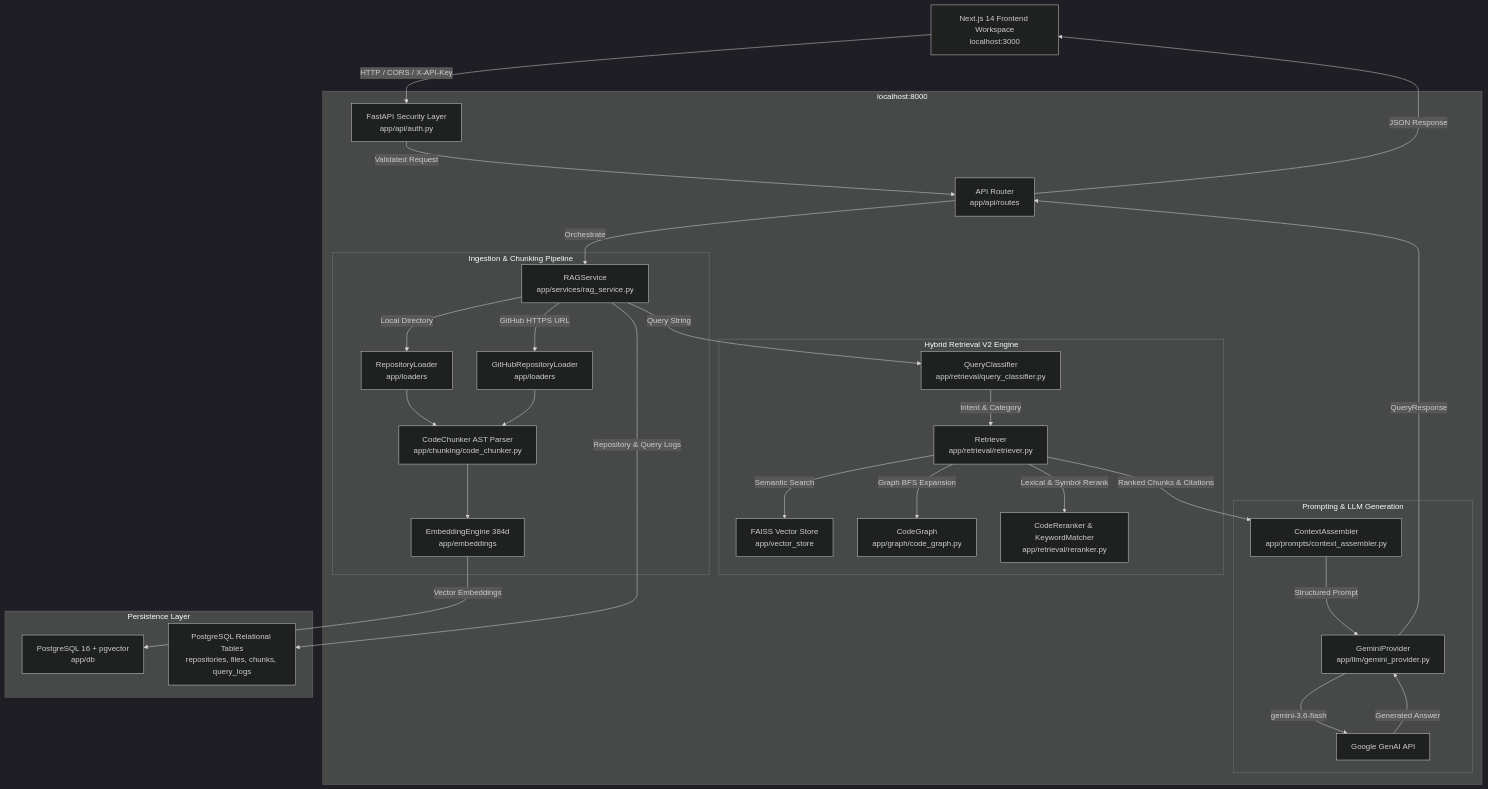
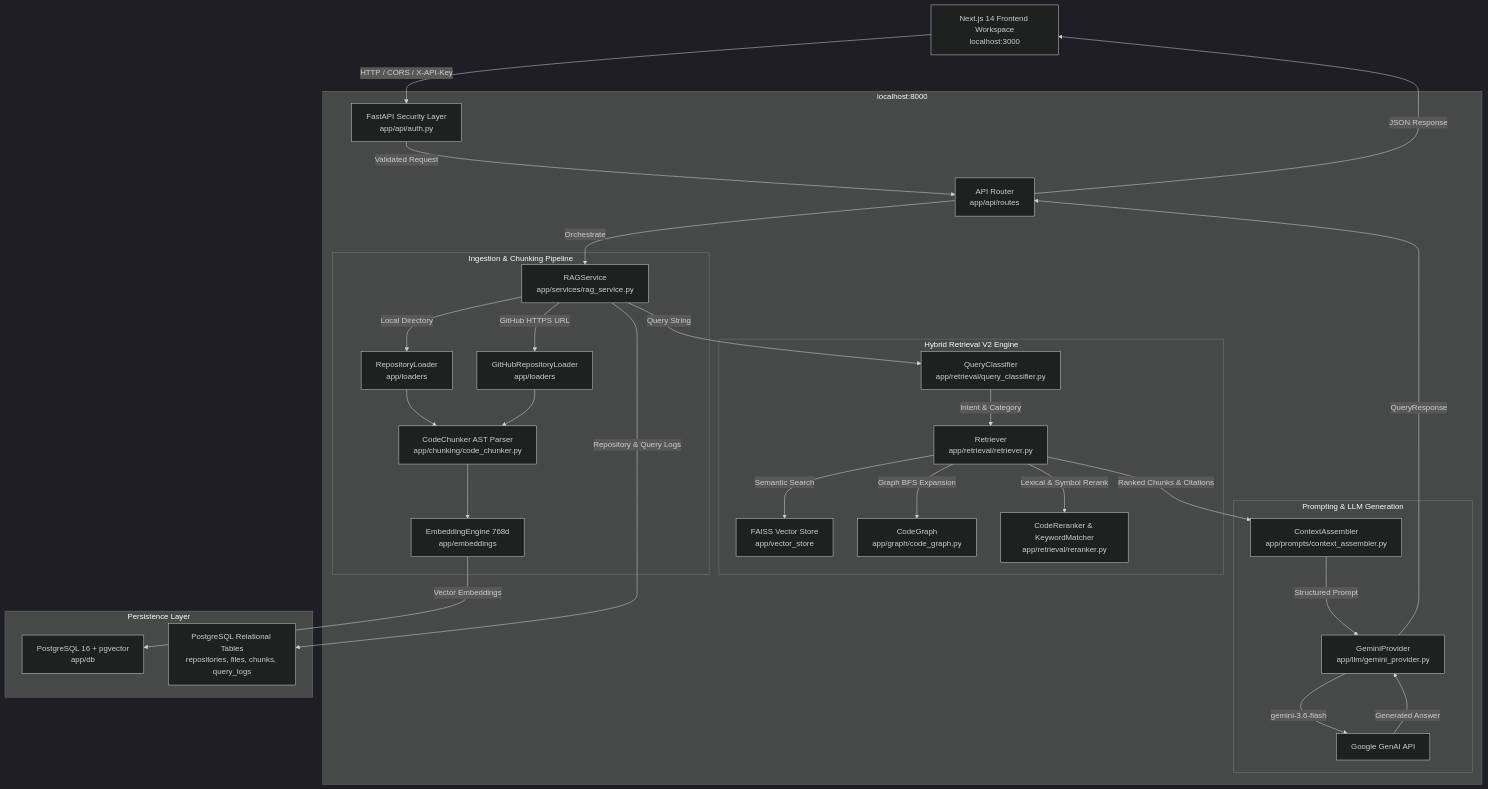
One commit to huzefa-lokhandwala/DevMind-AI changed the first of 3 diagrams in docs/ARCHITECTURE.md. Above: the diagram before and after it, drawn with Mermaid (dark theme). The commit also changed other lines of this file and 18 other files, not shown here.

````diff
--- a/docs/ARCHITECTURE.md
+++ b/docs/ARCHITECTURE.md
@@ -11,40 +11,40 @@
 ```mermaid
 graph TD
     Client[Next.js 14 Frontend Workspace<br/>localhost:3000] -->|HTTP / CORS / X-API-Key| Security[FastAPI Security Layer<br/>app/api/auth.py]
     
     subgraph FastAPI Backend Application [localhost:8000]
         Security -->|Validated Request| Router[API Router<br/>app/api/routes]
         Router -->|Orchestrate| Service[RAGService<br/>app/services/rag_service.py]
         
         subgraph Ingestion & Chunking Pipeline
             Service -->|Local Directory| Loader[RepositoryLoader<br/>app/loaders]
             Service -->|GitHub HTTPS URL| GHLoader[GitHubRepositoryLoader<br/>app/loaders]
             Loader --> Chunker[CodeChunker AST Parser<br/>app/chunking/code_chunker.py]
             GHLoader --> Chunker
-            Chunker --> EmbedEngine[EmbeddingEngine 384d<br/>app/embeddings]
+            Chunker --> EmbedEngine[EmbeddingEngine 768d<br/>app/embeddings]
         end
         
         subgraph Hybrid Retrieval V2 Engine
             Service -->|Query String| Classifier[QueryClassifier<br/>app/retrieval/query_classifier.py]
             Classifier -->|Intent & Category| Retriever[Retriever<br/>app/retrieval/retriever.py]
             Retriever -->|Semantic Search| FAISS[FAISS Vector Store<br/>app/vector_store]
             Retriever -->|Graph BFS Expansion| Graph[CodeGraph<br/>app/graph/code_graph.py]
             Retriever -->|Lexical & Symbol Rerank| Reranker[CodeReranker & KeywordMatcher<br/>app/retrieval/reranker.py]
         end
         
         subgraph Prompting & LLM Generation
             Retriever -->|Ranked Chunks & Citations| Assembler[ContextAssembler<br/>app/prompts/context_assembler.py]
             Assembler -->|Structured Prompt| Gemini[GeminiProvider<br/>app/llm/gemini_provider.py]
             Gemini -->|gemini-3.6-flash| GeminiAPI[Google GenAI API]
         end
     end
     
     subgraph Persistence Layer
         EmbedEngine -->|Vector Embeddings| PGVector[PostgreSQL 16 + pgvector<br/>app/db]
         Service -->|Repository & Query Logs| Relational[PostgreSQL Relational Tables<br/>repositories, files, chunks, query_logs]
     end
     
     GeminiAPI -->|Generated Answer| Gemini
     Gemini -->|QueryResponse| Router
     Router -->|JSON Response| Client
 ```
````
